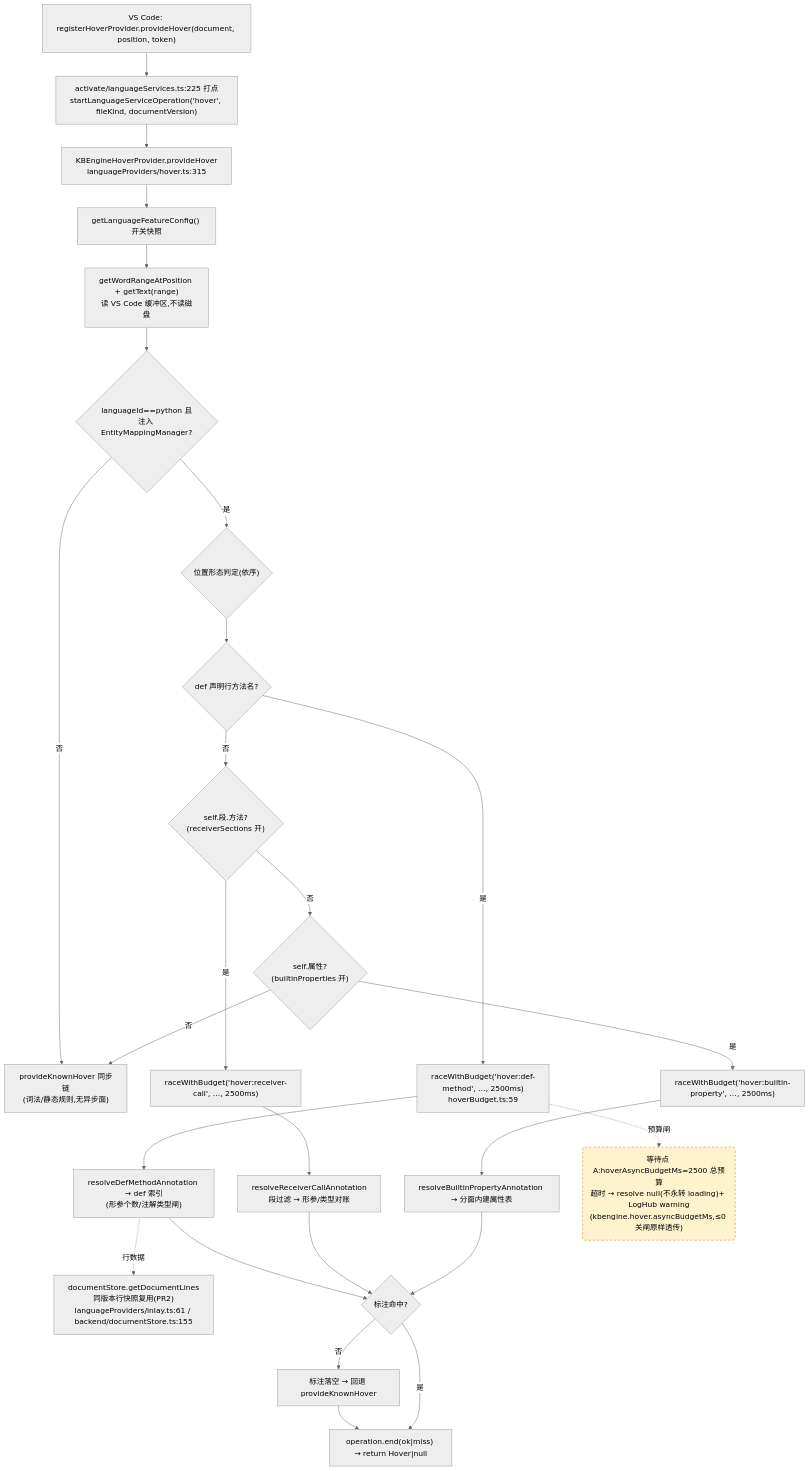
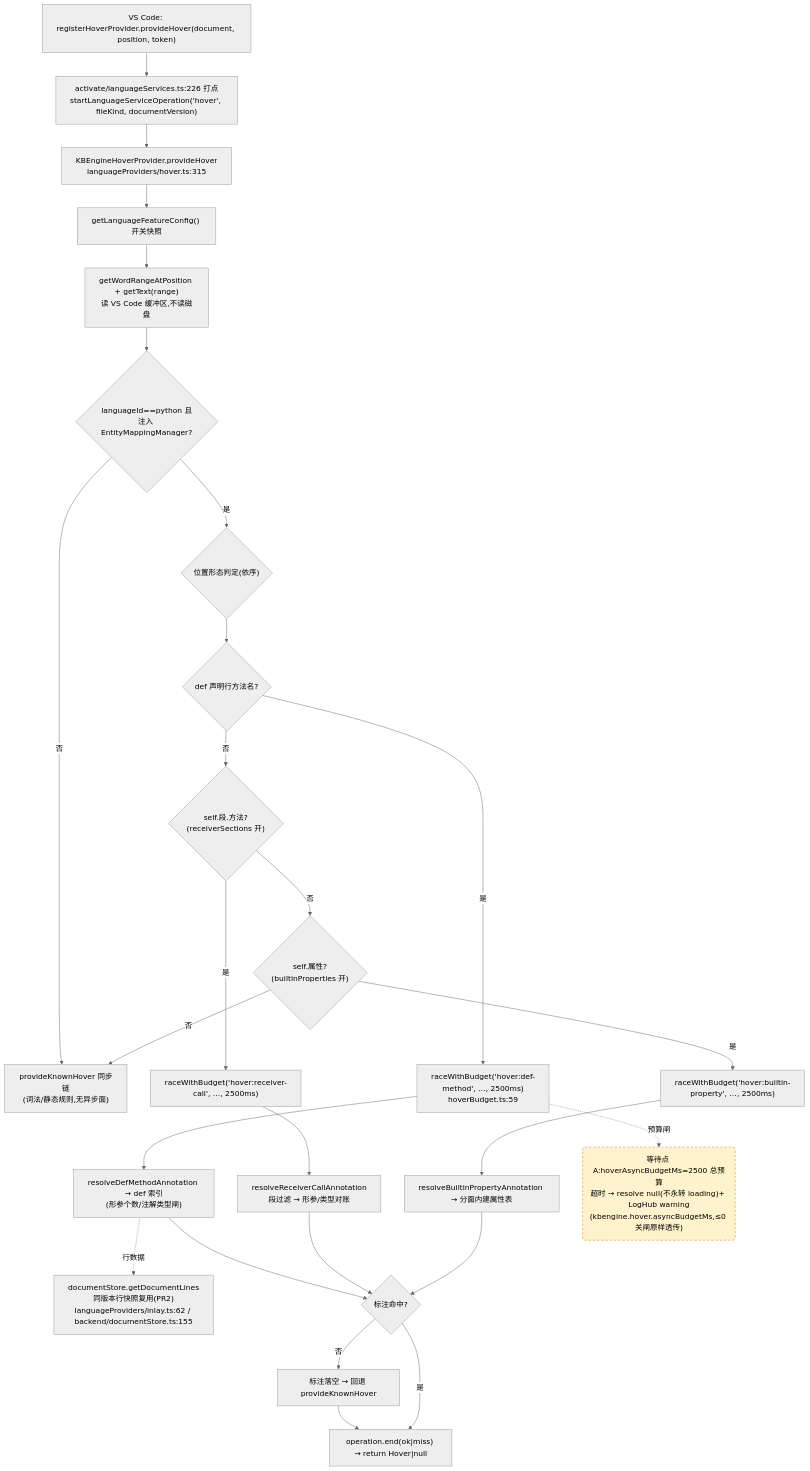
The first of 4 diagrams in docs/perf/2026-baseline.md (cuihairu/kode), drawn with Mermaid (neutral theme) before and after one commit. The commit also changed other lines of this file and 1 other file, not shown here.

````diff
--- a/docs/perf/2026-baseline.md
+++ b/docs/perf/2026-baseline.md
@@ -107,45 +107,45 @@
 ```mermaid
 flowchart TD
   VC1["VS Code: registerHoverProvider.provideHover(document, position, token)"]
-  M1["activate/languageServices.ts:225 打点<br/>startLanguageServiceOperation('hover', fileKind, documentVersion)"]
+  M1["activate/languageServices.ts:226 打点<br/>startLanguageServiceOperation('hover', fileKind, documentVersion)"]
   HP["KBEngineHoverProvider.provideHover<br/>languageProviders/hover.ts:315"]
   CFG["getLanguageFeatureConfig() 开关快照"]
   WORD["getWordRangeAtPosition + getText(range)<br/>读 VS Code 缓冲区,不读磁盘"]
   BR{"languageId==python 且<br/>注入 EntityMappingManager?"}
   KN["provideKnownHover 同步链<br/>(词法/静态规则,无异步面)"]
   POS{"位置形态判定(依序)"}
   D1{"def 声明行方法名?"}
   D2{"self.段.方法?<br/>(receiverSections 开)"}
   D3{"self.属性?<br/>(builtinProperties 开)"}
   RA1["raceWithBudget('hover:def-method', …, 2500ms)<br/>hoverBudget.ts:59"]
   RA2["raceWithBudget('hover:receiver-call', …, 2500ms)"]
   RA3["raceWithBudget('hover:builtin-property', …, 2500ms)"]
   RS1["resolveDefMethodAnnotation → def 索引<br/>(形参个数/注解类型闸)"]
   RS2["resolveReceiverCallAnnotation<br/>段过滤 → 形参/类型对账"]
   RS3["resolveBuiltinPropertyAnnotation → 分面内建属性表"]
-  LINES["documentStore.getDocumentLines<br/>同版本行快照复用(PR2)<br/>languageProviders/inlay.ts:61 / backend/documentStore.ts:155"]
+  LINES["documentStore.getDocumentLines<br/>同版本行快照复用(PR2)<br/>languageProviders/inlay.ts:62 / backend/documentStore.ts:155"]
   MISS["标注落空 → 回退 provideKnownHover"]
   END1["operation.end(ok|miss) → return Hover|null"]
 
   VC1 --> M1 --> HP --> CFG --> WORD --> BR
   BR -- "否" --> KN
   BR -- "是" --> POS --> D1
   D1 -- "是" --> RA1 --> RS1
   D1 -- "否" --> D2
   D2 -- "是" --> RA2 --> RS2
   D2 -- "否" --> D3
   D3 -- "是" --> RA3 --> RS3
   D3 -- "否" --> KN
   RS1 --> HIT{"标注命中?"}
   RS2 --> HIT
   RS3 --> HIT
   RS1 -.->|行数据| LINES
   HIT -- "否" --> MISS --> END1
   HIT -- "是" --> END1
 
   WAITA("等待点 A:hoverAsyncBudgetMs=2500 总预算<br/>超时 → resolve null(不永转 loading)+ LogHub warning<br/>(kbengine.hover.asyncBudgetMs,≤0 关闸原样透传)")
   RA1 -.->|预算闸| WAITA
 
   classDef waitPoint fill:#fff3cd,stroke:#d97706,stroke-dasharray:5 4;
   class WAITA waitPoint;
 ```
````
